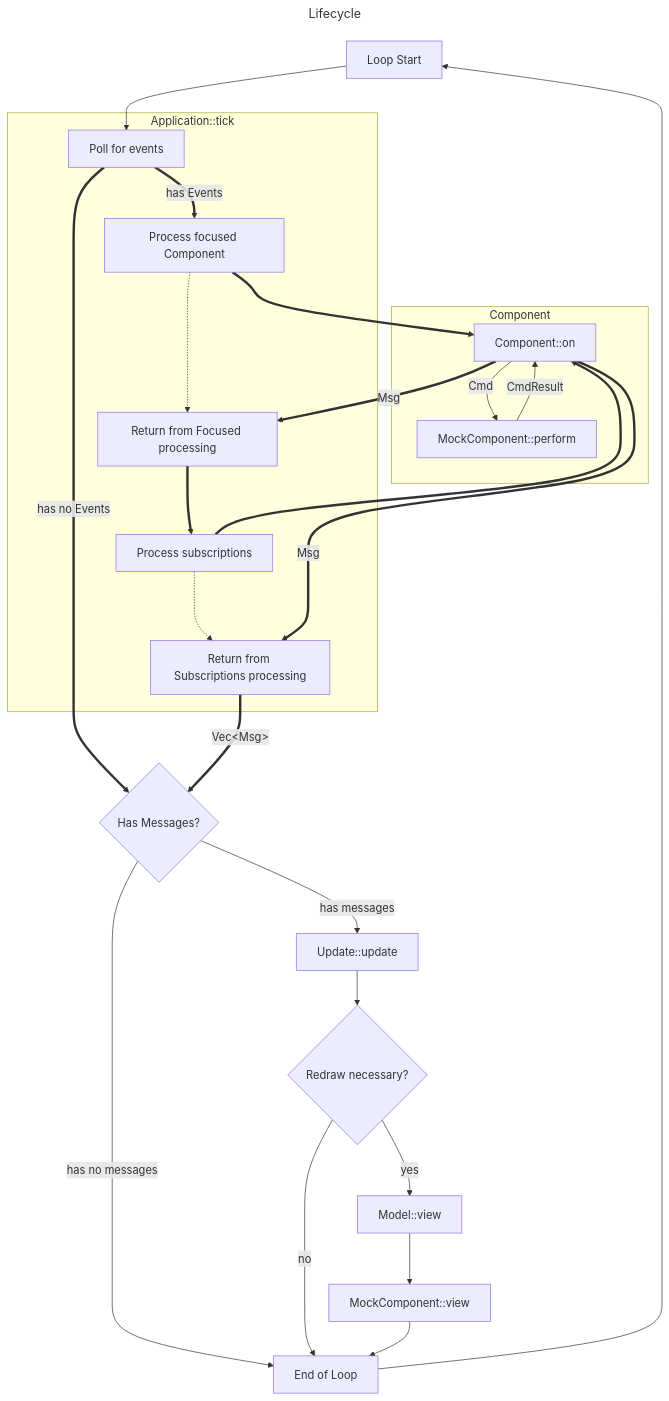
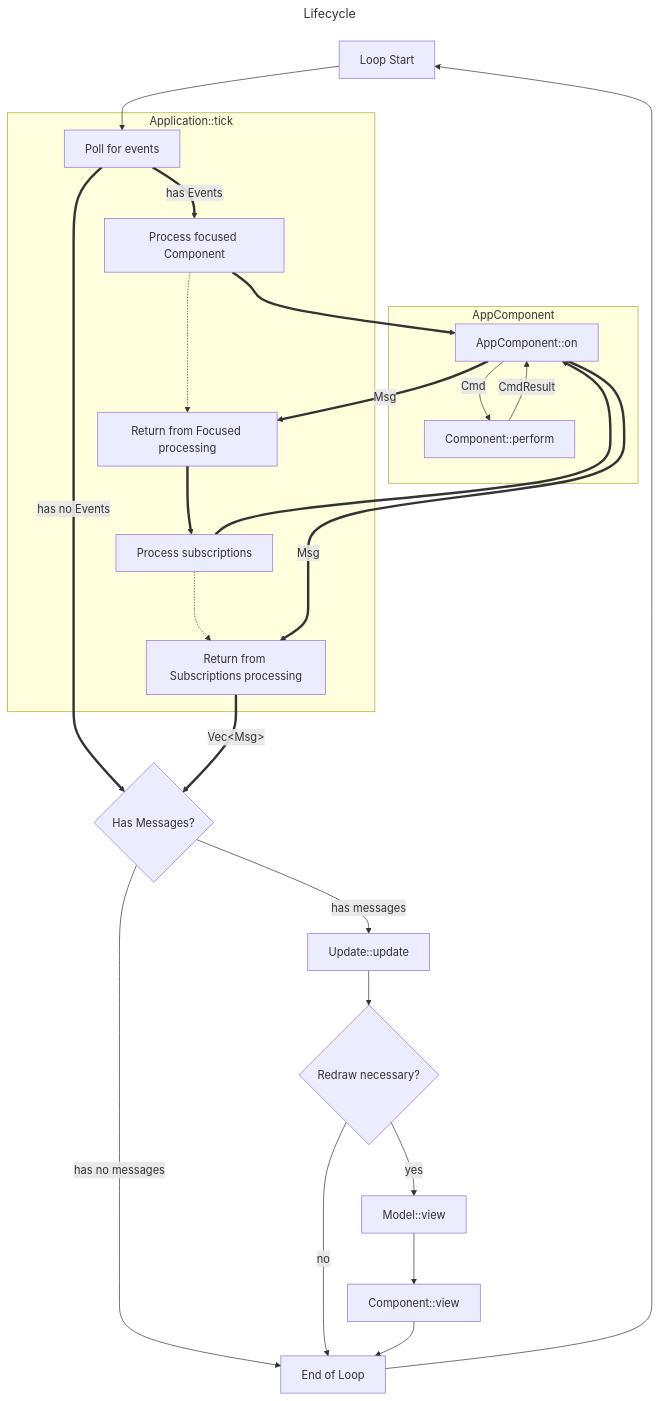
Before and after one commit to veeso/tui-realm: the diagram in docs/en/get-started.md, drawn with Mermaid. The commit also changed other lines of this file and 8 other files, not shown here.

Commit message:
docs: update all documentation for Component/AppComponent rename

````diff
--- a/docs/en/get-started.md
+++ b/docs/en/get-started.md
@@ -443,59 +444,59 @@
 ```mermaid
 ---
 title: Lifecycle
 ---
 flowchart TD
     %% Define nodes first, as otherwise they may end up in the wrong subgraph.
     Loop["Loop Start"]
     Match{"Has Messages?"}
     Update["Update::update"]
     Redraw{"Redraw necessary?"}
     View["Model::view"]
-    ViewComponent["MockComponent::view"]
+    ViewComponent["Component::view"]
     LoopEnd["End of Loop"]
 
     subgraph Application::tick
         Poll["Poll for events"]
         Focused["Process focused Component"]
         FocusedRet["Return from Focused processing"]
         Subscriptions["Process subscriptions"]
         SubscriptionsRet["Return from Subscriptions processing"]
     end
 
-    subgraph comp [Component]
-        Component["Component::on"]
-        MockComponent["MockComponent::perform"]
+    subgraph comp [AppComponent]
+        AppComp["AppComponent::on"]
+        BaseComp["Component::perform"]
     end
 
     %% Do edges after defining all nodes and their subgraph positions, otherwise they may
     %% end up in the wrong subgraph for whatever reason.
 
     %% Main loop
     Loop --> Poll
     Match -->|has messages| Update
     Match -->|has no messages| LoopEnd
     Update --> Redraw
     Redraw -->|yes| View
     Redraw -->|no| LoopEnd
     View --> ViewComponent
     ViewComponent --> LoopEnd
     LoopEnd --> Loop
 
     %% Application::tick links
     Poll ==>|has Events| Focused
     Poll ==>|has no Events| Match
-    Focused ==> Component
+    Focused ==> AppComp
     FocusedRet ==> Subscriptions
-    Subscriptions ==> Component
+    Subscriptions ==> AppComp
     SubscriptionsRet ==>|"Vec&lt;Msg>"| Match
 
     %% Slightly links those paths to make it easier to follow.
     %% And to indicate to mermaid to lay them out better.
     Focused-..->FocusedRet
     Subscriptions-..->SubscriptionsRet
 
-    %% Component links
-    Component -->|Cmd| MockComponent
-    MockComponent -->|CmdResult| Component
-    Component ==>|Msg| FocusedRet & SubscriptionsRet
+    %% AppComponent links
+    AppComp -->|Cmd| BaseComp
+    BaseComp -->|CmdResult| AppComp
+    AppComp ==>|Msg| FocusedRet & SubscriptionsRet
 ```
````
